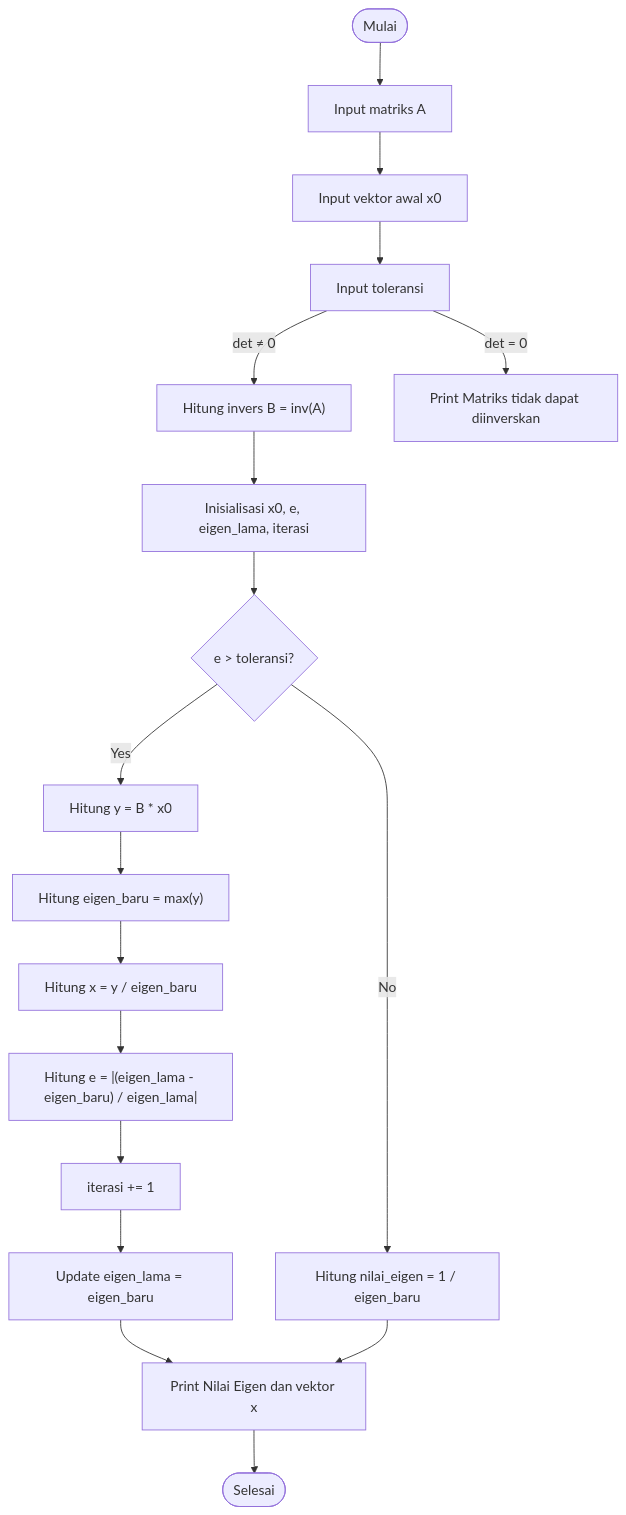
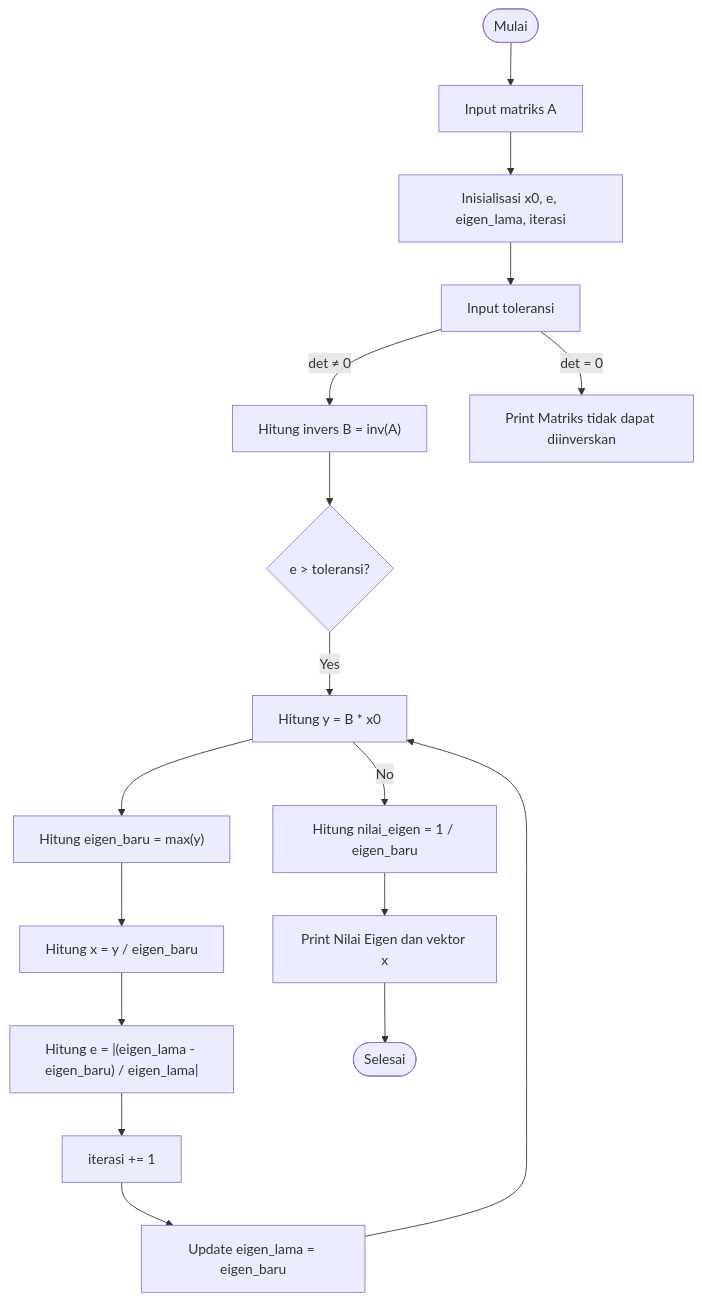
One commit to aslabkomfis/Komputasi-Numerik-24-25 changed the diagram in Modul-4/Metode inverse power.mmd. Above: the diagram before and after it, drawn with Mermaid.

Commit message:
Update Metode inverse power.mmd

```diff
--- a/Modul-4/Metode inverse power.mmd
+++ b/Modul-4/Metode inverse power.mmd
@@ -1,18 +1,17 @@
 graph TD
   A([Mulai]) --> B["Input matriks A"]
-  B --> C["Input vektor awal x0"]
+  B --> C["Inisialisasi x0, e, eigen_lama, iterasi"]
   C --> D["Input toleransi"]
   D -->|det ≠ 0| E["Hitung invers B = inv(A)"]
   D -->|det = 0| Z["Print "Matriks tidak dapat diinverskan""]
-  E --> F["Inisialisasi x0, e, eigen_lama, iterasi"]
-  F --> G{"e > toleransi?"}
-  G -- Yes --> H["Hitung y = B * x0"]
-  H --> I["Hitung eigen_baru = max(y)"]
-  I --> J["Hitung x = y / eigen_baru"]
-  J --> K["Hitung e = |(eigen_lama - eigen_baru) / eigen_lama|"]
-  K --> L["iterasi += 1"]
-  L --> M["Update eigen_lama = eigen_baru"]
-  M --> Q
+  E --> F{"e > toleransi?"}
+  F -- Yes --> G["Hitung y = B * x0"]
+  G --> H["Hitung eigen_baru = max(y)"]
+  H --> I["Hitung x = y / eigen_baru"]
+  I --> J["Hitung e = |(eigen_lama - eigen_baru) / eigen_lama|"]
+  J --> K["iterasi += 1"]
+  K --> L["Update eigen_lama = eigen_baru"]
+  L --> G
   G -- No --> P["Hitung nilai_eigen = 1 / eigen_baru"]
   P --> Q["Print Nilai Eigen dan vektor x"]
   Q --> O([Selesai])
```
